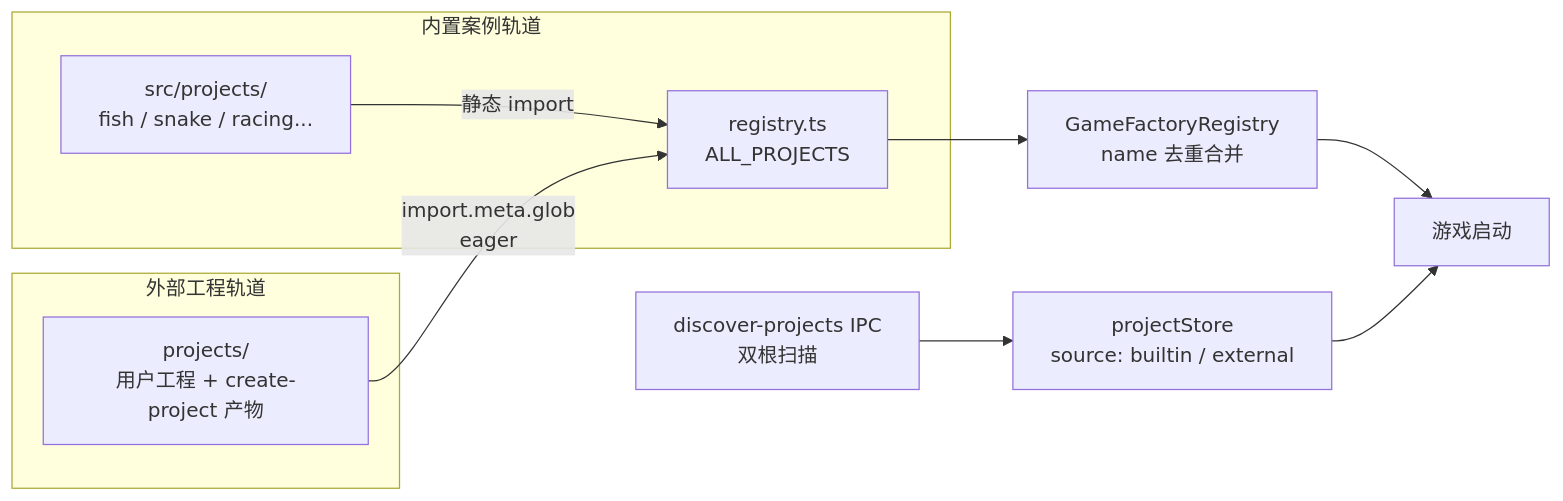
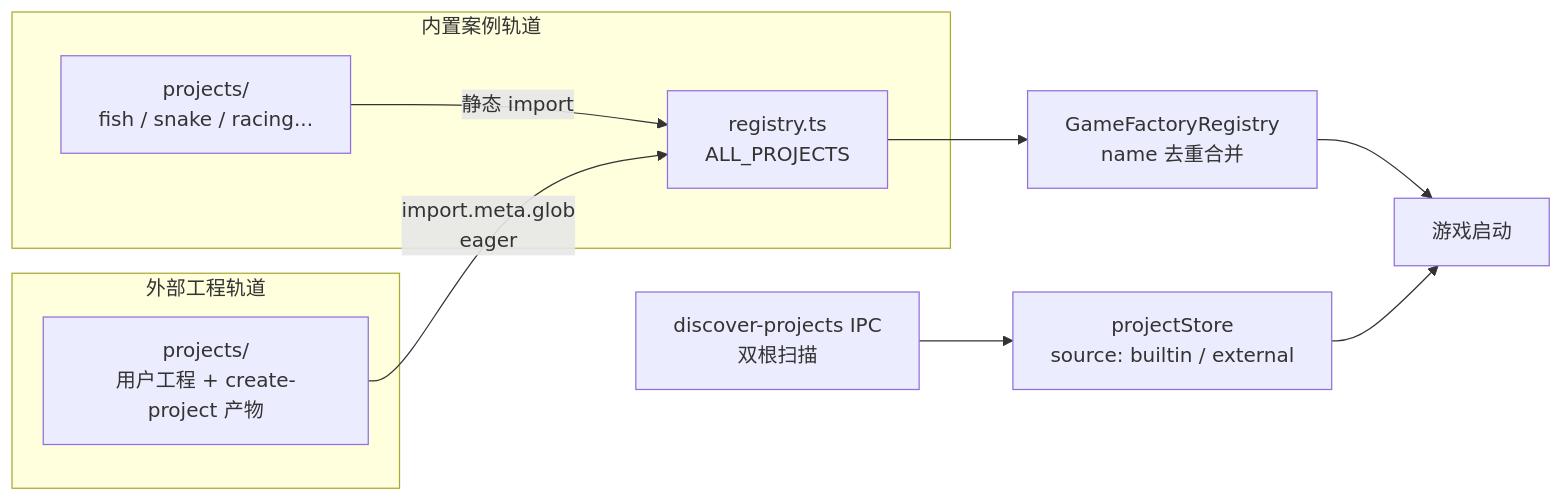
Before and after one commit to Kaplc/DemoStudio: the diagram in doc/dev/external_project_roots.md, drawn with Mermaid. The commit also changed other lines of this file and 346 other files, not shown here.

````diff
--- a/doc/dev/external_project_roots.md
+++ b/doc/dev/external_project_roots.md
@@ -48,13 +50,13 @@
 ```mermaid
 flowchart LR
     subgraph 内置案例轨道
-        A["src/projects/<br/>fish / snake / racing..."] -->|静态 import| R["registry.ts<br/>ALL_PROJECTS"]
+        A["projects/<br/>fish / snake / racing..."] -->|静态 import| R["registry.ts<br/>ALL_PROJECTS"]
     end
     subgraph 外部工程轨道
         B["projects/<br/>用户工程 + create-project 产物"] -->|"import.meta.glob<br/>eager"| R
     end
     R --> F["GameFactoryRegistry<br/>name 去重合并"]
     D["discover-projects IPC<br/>双根扫描"] --> S["projectStore<br/>source: builtin / external"]
     F --> G["游戏启动"]
     S --> G
 ```
````
